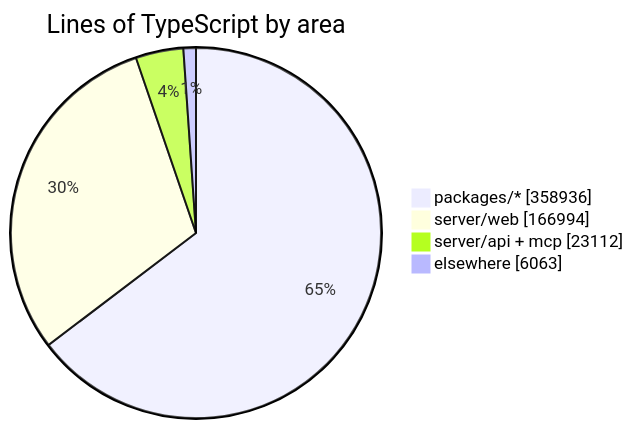
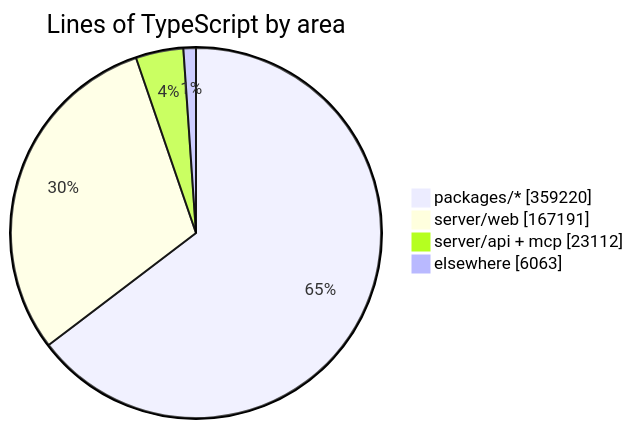
Before and after one commit to crossworks-engineering/mantle: the diagram in README.md, drawn with Mermaid. The commit also changed other lines of this file and 2 other files, not shown here.

````diff
--- a/README.md
+++ b/README.md
@@ -294,7 +294,7 @@
 ```mermaid
 pie showData title Lines of TypeScript by area
-    "packages/*" : 358936
-    "server/web" : 166994
+    "packages/*" : 359220
+    "server/web" : 167191
     "server/api + mcp" : 23112
     "elsewhere" : 6063
 ```
````
